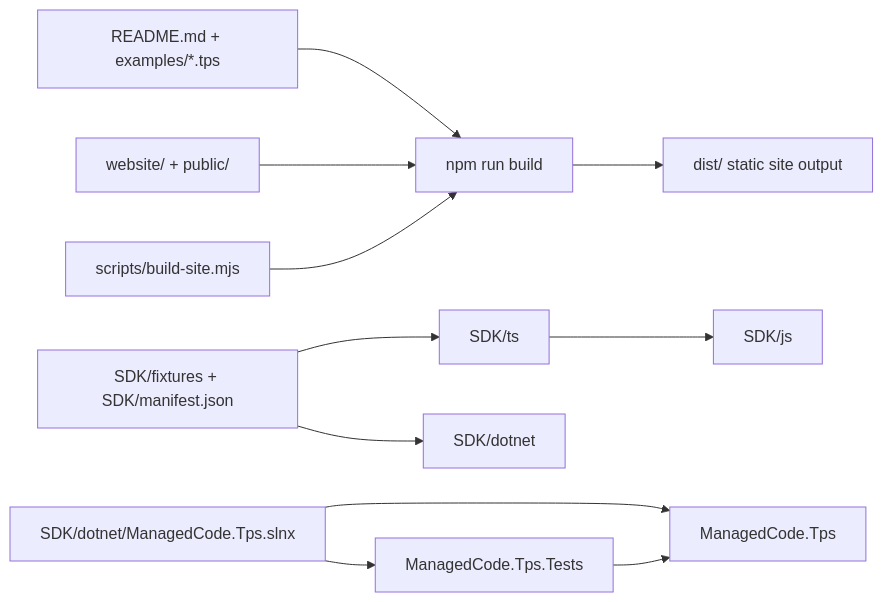
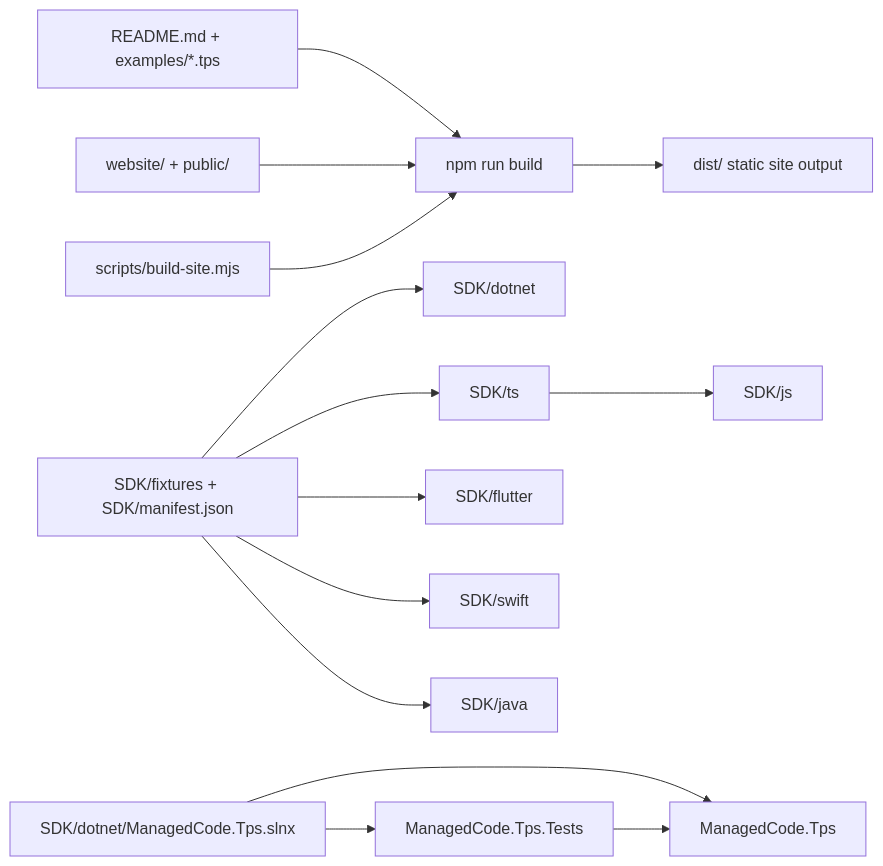
Before and after one commit to managedcode/TPS: the first of 3 diagrams in docs/Architecture.md, drawn with Mermaid. The commit also changed other lines of this file and 71 other files, not shown here.

````diff
--- a/docs/Architecture.md
+++ b/docs/Architecture.md
@@ -11,15 +11,18 @@
 ```mermaid
 flowchart LR
   Readme["README.md + examples/*.tps"] --> SiteBuild["npm run build"]
   Website["website/ + public/"] --> SiteBuild
   BuildScript["scripts/build-site.mjs"] --> SiteBuild
   SiteBuild --> Dist["dist/ static site output"]
 
-  Fixtures["SDK/fixtures + SDK/manifest.json"] --> TsRuntime["SDK/ts"]
+  Fixtures["SDK/fixtures + SDK/manifest.json"] --> CsRuntime["SDK/dotnet"]
+  Fixtures --> TsRuntime["SDK/ts"]
   TsRuntime --> JsRuntime["SDK/js"]
-  Fixtures --> CsRuntime["SDK/dotnet"]
+  Fixtures --> FlutterRuntime["SDK/flutter"]
+  Fixtures --> SwiftRuntime["SDK/swift"]
+  Fixtures --> JavaRuntime["SDK/java"]
 
   Solution["SDK/dotnet/ManagedCode.Tps.slnx"] --> Runtime["ManagedCode.Tps"]
   Solution --> Tests["ManagedCode.Tps.Tests"]
   Tests --> Runtime
 ```
````
